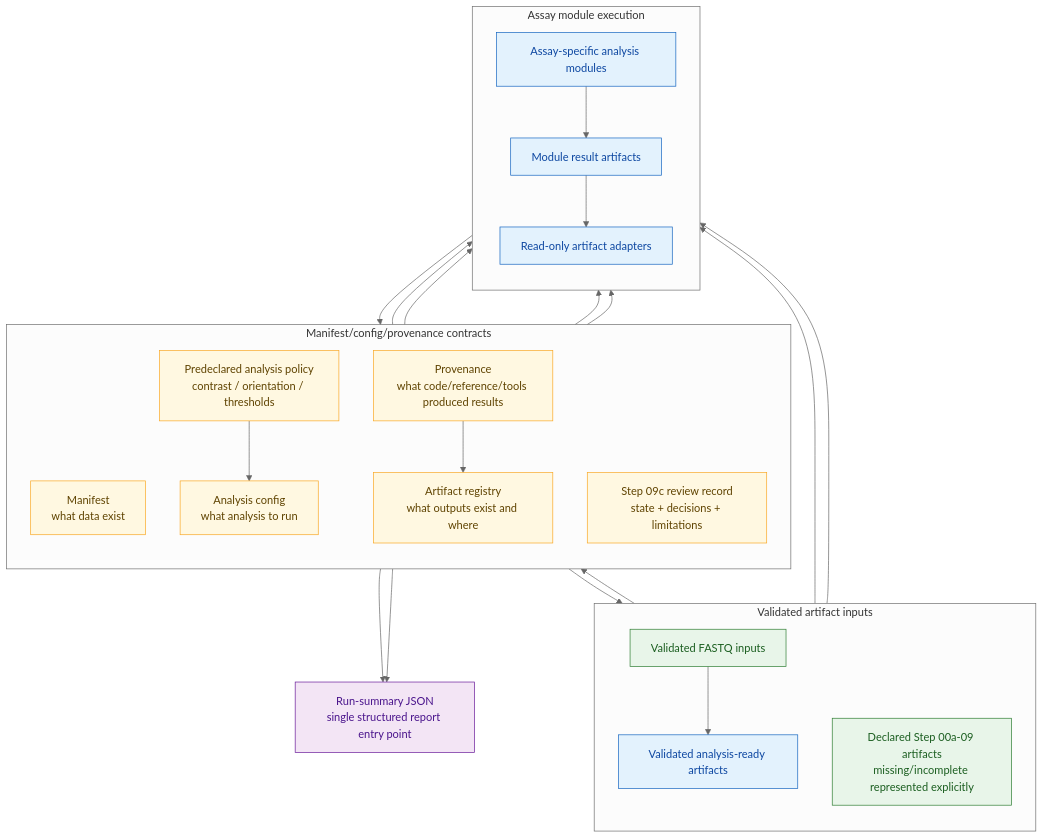
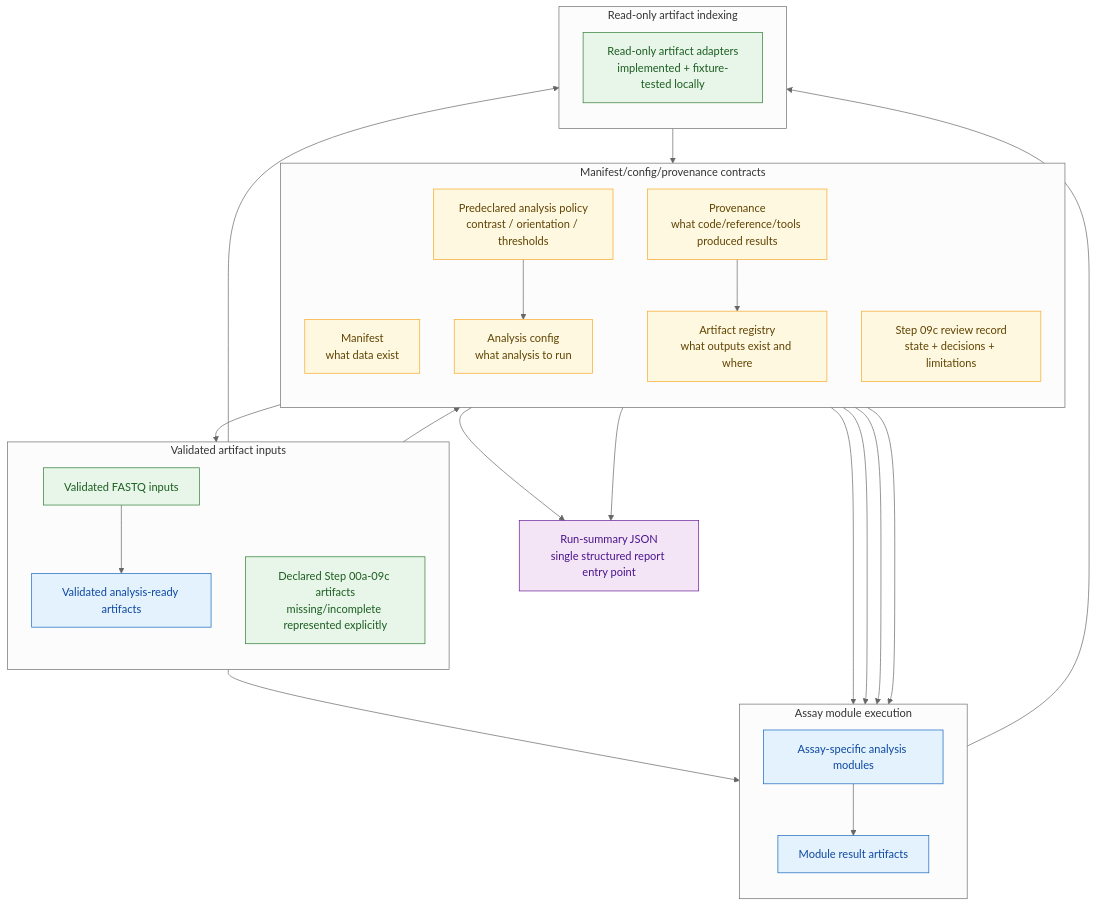
The third of 4 diagrams in docs/architecture/FUTURE_ARCHITECTURE.md (lab-cats/EMRYS), drawn with Mermaid (neutral theme) before and after one commit. The commit also changed other lines of this file and 17 other files, not shown here.

Commit message:
artifact adapters v1 docpatch

````diff
--- a/docs/architecture/FUTURE_ARCHITECTURE.md
+++ b/docs/architecture/FUTURE_ARCHITECTURE.md
@@ -188,50 +193,54 @@
 ```mermaid
 flowchart TD
     classDef current fill:#e8f5e9,stroke:#2e7d32,color:#1b5e20
     classDef future fill:#e3f2fd,stroke:#1565c0,color:#0d47a1
     classDef contract fill:#fff8e1,stroke:#f9a825,color:#5f4300
     classDef reporting fill:#f3e5f5,stroke:#6a1b9a,color:#4a148c
 
     subgraph contracts["Manifest/config/provenance contracts"]
         direction TB
         manifest["Manifest<br/>what data exist"]
         config["Analysis config<br/>what analysis to run"]
         policy["Predeclared analysis policy<br/>contrast / orientation / thresholds"]
         review["Step 09c review record<br/>state + decisions + limitations"]
         provenance["Provenance<br/>what code/reference/tools produced results"]
         registry["Artifact registry<br/>what outputs exist and where"]
     end
 
     subgraph artifacts["Validated artifact inputs"]
         direction TB
         fastqs["Validated FASTQ inputs"]
         ready["Validated analysis-ready artifacts"]
-        existing["Declared Step 00a-09 artifacts<br/>missing/incomplete represented explicitly"]
+        existing["Declared Step 00a-09c artifacts<br/>missing/incomplete represented explicitly"]
     end
 
     subgraph modules["Assay module execution"]
         direction TB
         module["Assay-specific analysis modules"]
         results["Module result artifacts"]
-        adapters["Read-only artifact adapters"]
+    end
+
+    subgraph indexing["Read-only artifact indexing"]
+        direction TB
+        adapters["Read-only artifact adapters<br/>implemented + fixture-tested locally"]
     end
 
     manifest --> fastqs --> ready
     manifest --> module
     config --> module
     policy --> config
     policy --> module
     ready --> module
     provenance --> module
     module --> results --> adapters --> registry
     existing --> adapters
     existing --> review
     provenance --> registry
     registry --> reports["Run-summary JSON<br/>single structured report entry point"]
     review --> reports
 
     class manifest,config,policy,review,provenance,registry contract
-    class fastqs,existing current
-    class ready,module,results,adapters future
+    class fastqs,existing,adapters current
+    class ready,module,results future
     class reports reporting
 ```
````
